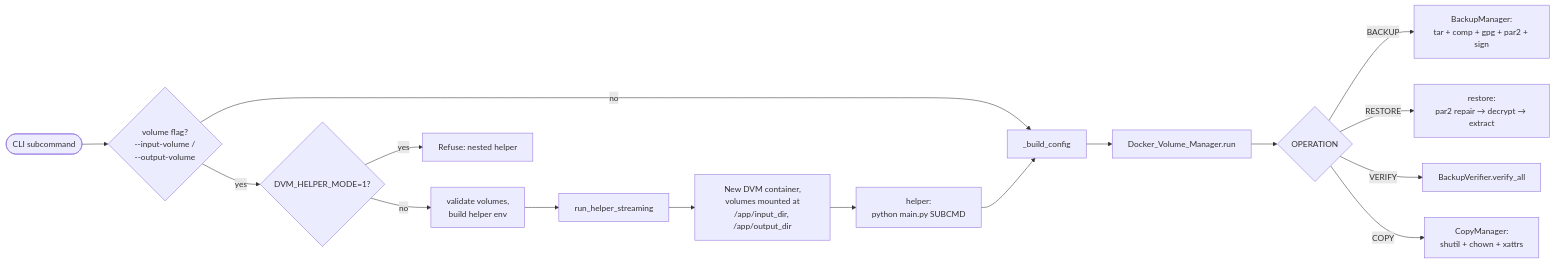
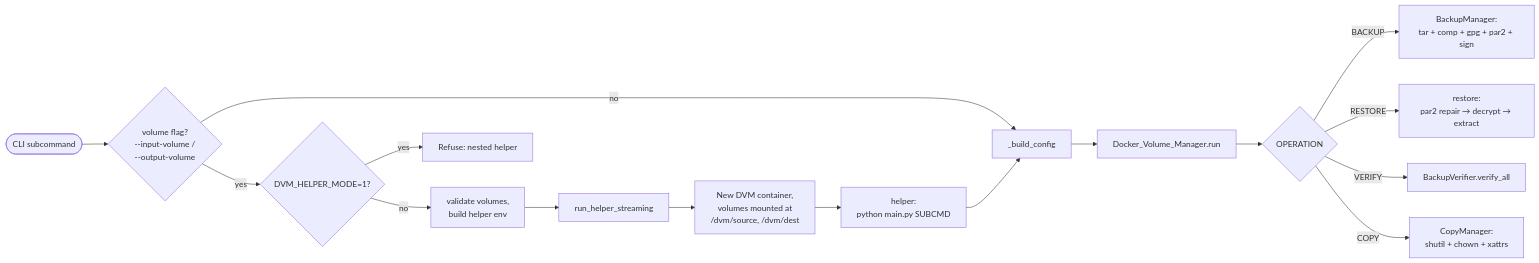
One commit to lpgonzalez/docker-volume-manager changed the first of 2 diagrams in README.md. Above: the diagram before and after it, drawn with Mermaid. The commit also changed other lines of this file and 11 other files, not shown here.

First line of the commit message:
refactor!: move in-container mounts to /dvm/source//dvm/dest; fix restore default

````diff
--- a/README.md
+++ b/README.md
@@ -580,18 +580,18 @@
 ```mermaid
 flowchart LR
     A([CLI subcommand]) --> B{volume flag?<br/>--input-volume /<br/>--output-volume}
     B -- no --> C[_build_config]
     B -- yes --> D{DVM_HELPER_MODE=1?}
     D -- yes --> E[Refuse: nested helper]
     D -- no --> F[validate volumes,<br/>build helper env]
     F --> G[run_helper_streaming]
-    G --> H[New DVM container,<br/>volumes mounted at<br/>/app/input_dir, /app/output_dir]
+    G --> H[New DVM container,<br/>volumes mounted at<br/>/dvm/source, /dvm/dest]
     H --> I[helper:<br/>python main.py SUBCMD]
     I --> C
     C --> J[Docker_Volume_Manager.run]
     J --> K{OPERATION}
     K -- BACKUP --> L[BackupManager:<br/>tar + comp + gpg + par2 + sign]
     K -- RESTORE --> M[restore:<br/>par2 repair → decrypt → extract]
     K -- VERIFY --> N[BackupVerifier.verify_all]
     K -- COPY --> O[CopyManager:<br/>shutil + chown + xattrs]
 ```
````
